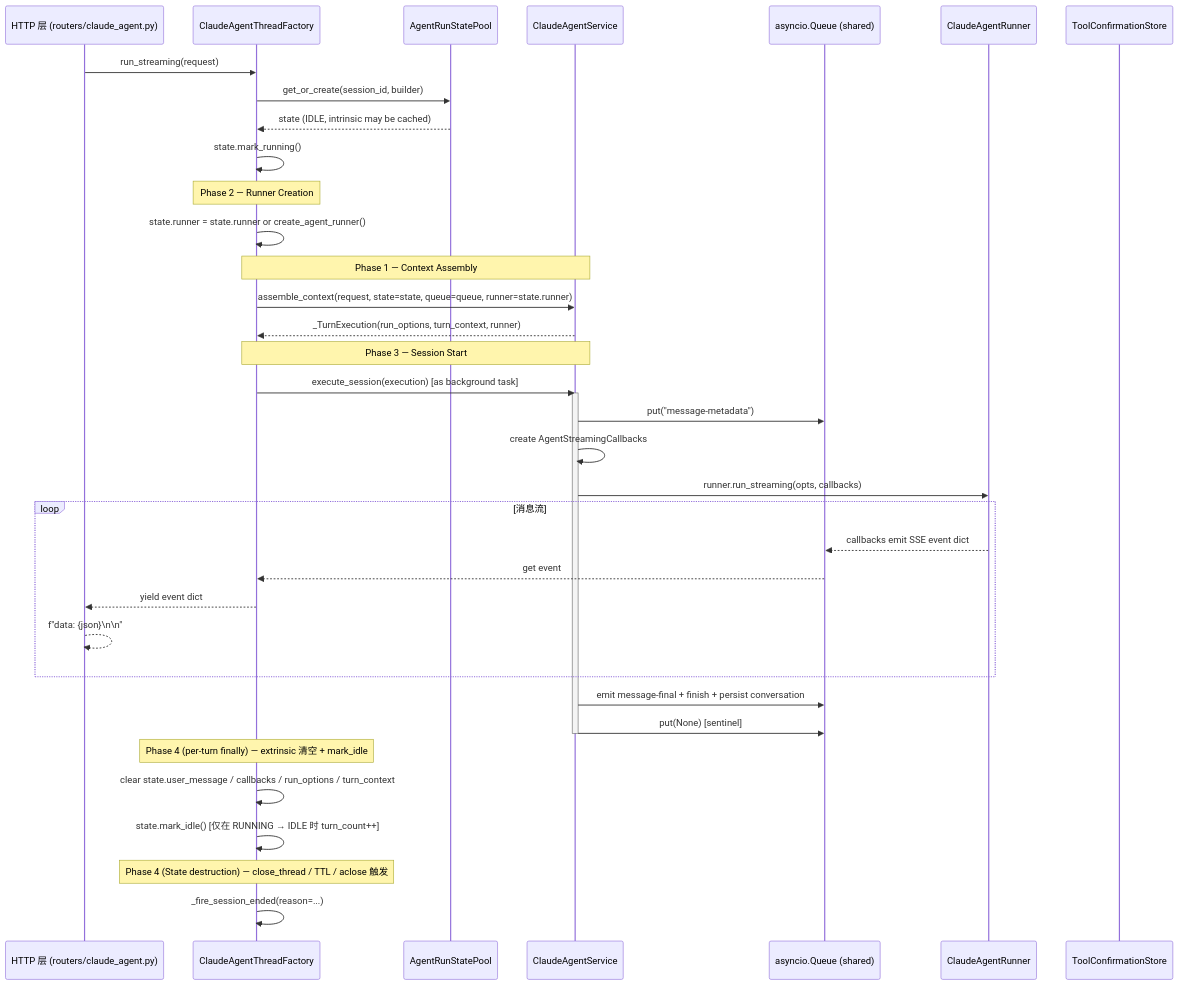
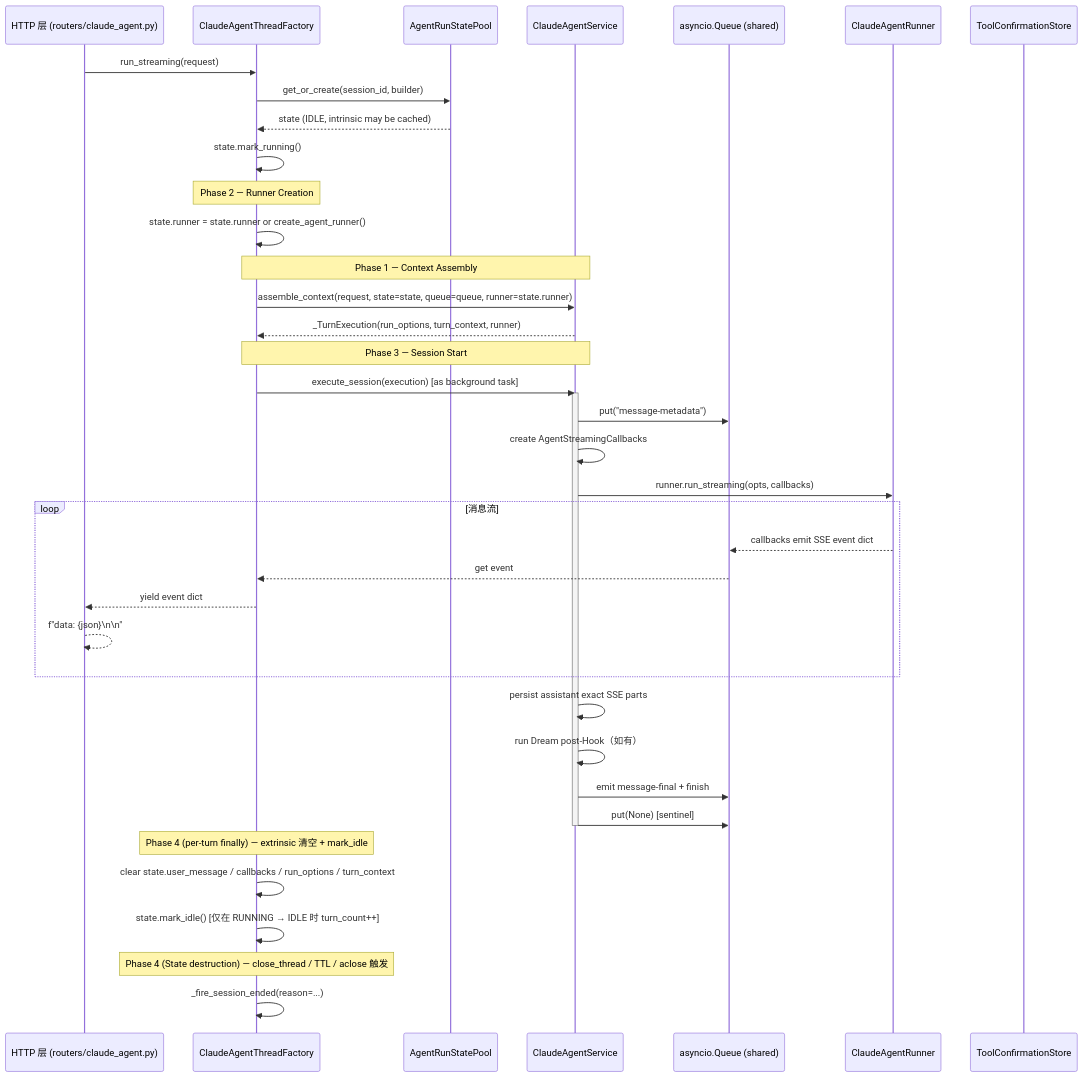
Before and after one commit to glide-the/im-dream: the second of 4 diagrams in docs/design/claude-agent/claude-agent-service-design.md, drawn with Mermaid. The commit also changed other lines of this file and 17 other files, not shown here.

Commit message:
fix(dream): persist assistant before post-hook

````diff
--- a/docs/design/claude-agent/claude-agent-service-design.md
+++ b/docs/design/claude-agent/claude-agent-service-design.md
@@ -146,47 +147,49 @@
 ```mermaid
 sequenceDiagram
     participant HTTP as HTTP 层 (routers/claude_agent.py)
     participant Factory as ClaudeAgentThreadFactory
     participant Pool as AgentRunStatePool
     participant Svc as ClaudeAgentService
     participant Queue as asyncio.Queue (shared)
     participant Runner as ClaudeAgentRunner
     participant Store as ToolConfirmationStore
 
     HTTP->>Factory: run_streaming(request)
     Factory->>Pool: get_or_create(session_id, builder)
     Pool-->>Factory: state (IDLE, intrinsic may be cached)
     Factory->>Factory: state.mark_running()
 
     Note over Factory: Phase 2 — Runner Creation
     Factory->>Factory: state.runner = state.runner or create_agent_runner()
 
     Note over Factory,Svc: Phase 1 — Context Assembly
     Factory->>Svc: assemble_context(request, state=state, queue=queue, runner=state.runner)
     Svc-->>Factory: _TurnExecution(run_options, turn_context, runner)
 
     Note over Factory,Svc: Phase 3 — Session Start
     Factory->>Svc: execute_session(execution)  [as background task]
     activate Svc
     Svc->>Queue: put("message-metadata")
     Svc->>Svc: create AgentStreamingCallbacks
     Svc->>Runner: runner.run_streaming(opts, callbacks)
 
     loop 消息流
         Runner-->>Queue: callbacks emit SSE event dict
         Queue-->>Factory: get event
         Factory-->>HTTP: yield event dict
         HTTP-->>HTTP: f"data: {json}\n\n"
     end
 
-    Svc->>Queue: emit message-final + finish + persist conversation
+    Svc->>Svc: persist assistant exact SSE parts
+    Svc->>Svc: run Dream post-Hook（如有）
+    Svc->>Queue: emit message-final + finish
     Svc->>Queue: put(None) [sentinel]
     deactivate Svc
 
     Note over Factory: Phase 4 (per-turn finally) — extrinsic 清空 + mark_idle
     Factory->>Factory: clear state.user_message / callbacks / run_options / turn_context
     Factory->>Factory: state.mark_idle()  [仅在 RUNNING → IDLE 时 turn_count++]
 
     Note over Factory: Phase 4 (State destruction) — close_thread / TTL / aclose 触发
     Factory->>Factory: _fire_session_ended(reason=...)
 ```
````
